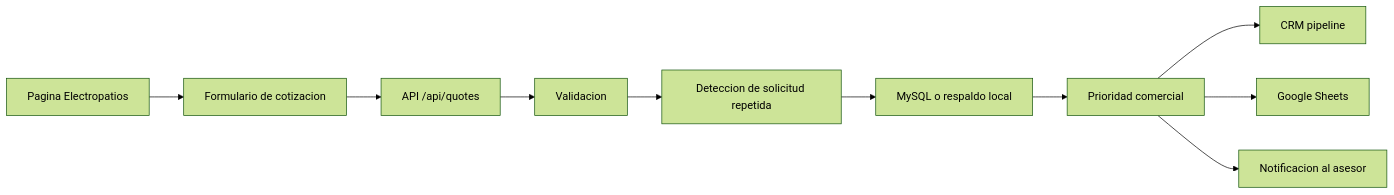
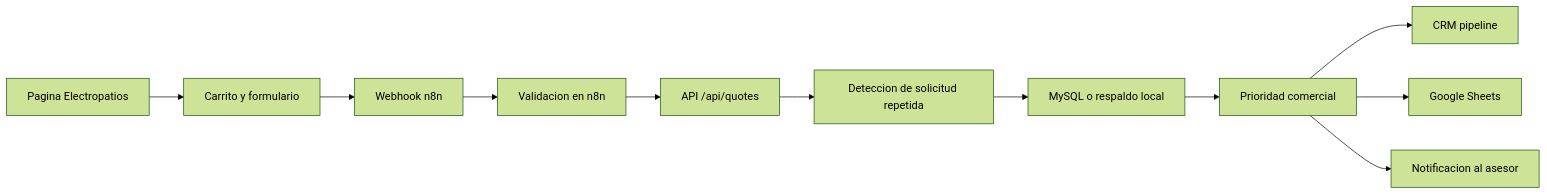
The diagram in README.md (deyson24ivan/electropatios-quote-system), drawn with Mermaid (forest theme) before and after one commit. The commit also changed other lines of this file and 9 other files, not shown here.

````diff
--- a/README.md
+++ b/README.md
@@ -91,12 +104,13 @@
 ```mermaid
 flowchart LR
-  A["Pagina Electropatios"] --> B["Formulario de cotizacion"]
-  B --> C["API /api/quotes"]
-  C --> D["Validacion"]
-  D --> E["Deteccion de solicitud repetida"]
-  E --> F["MySQL o respaldo local"]
-  F --> G["Prioridad comercial"]
-  G --> H["CRM pipeline"]
-  G --> I["Google Sheets"]
-  G --> J["Notificacion al asesor"]
+  A["Pagina Electropatios"] --> B["Carrito y formulario"]
+  B --> C["Webhook n8n"]
+  C --> D["Validacion en n8n"]
+  D --> E["API /api/quotes"]
+  E --> F["Deteccion de solicitud repetida"]
+  F --> G["MySQL o respaldo local"]
+  G --> H["Prioridad comercial"]
+  H --> I["CRM pipeline"]
+  H --> J["Google Sheets"]
+  H --> K["Notificacion al asesor"]
 ```
````
